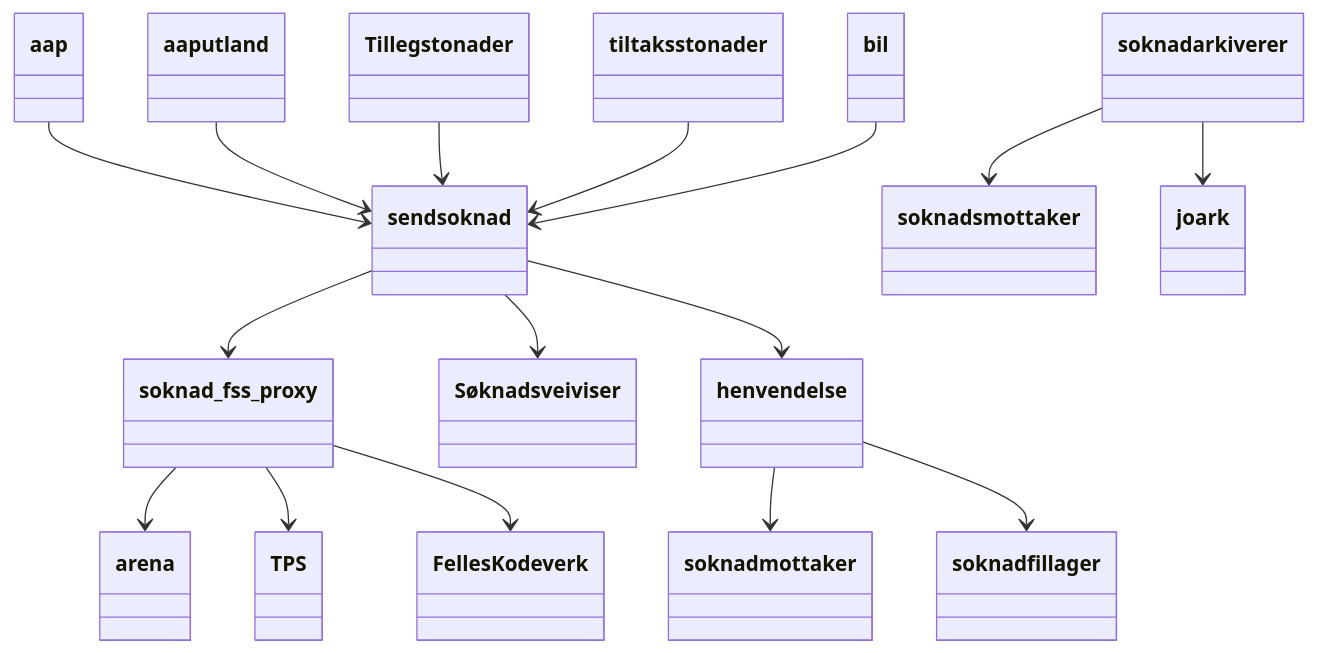
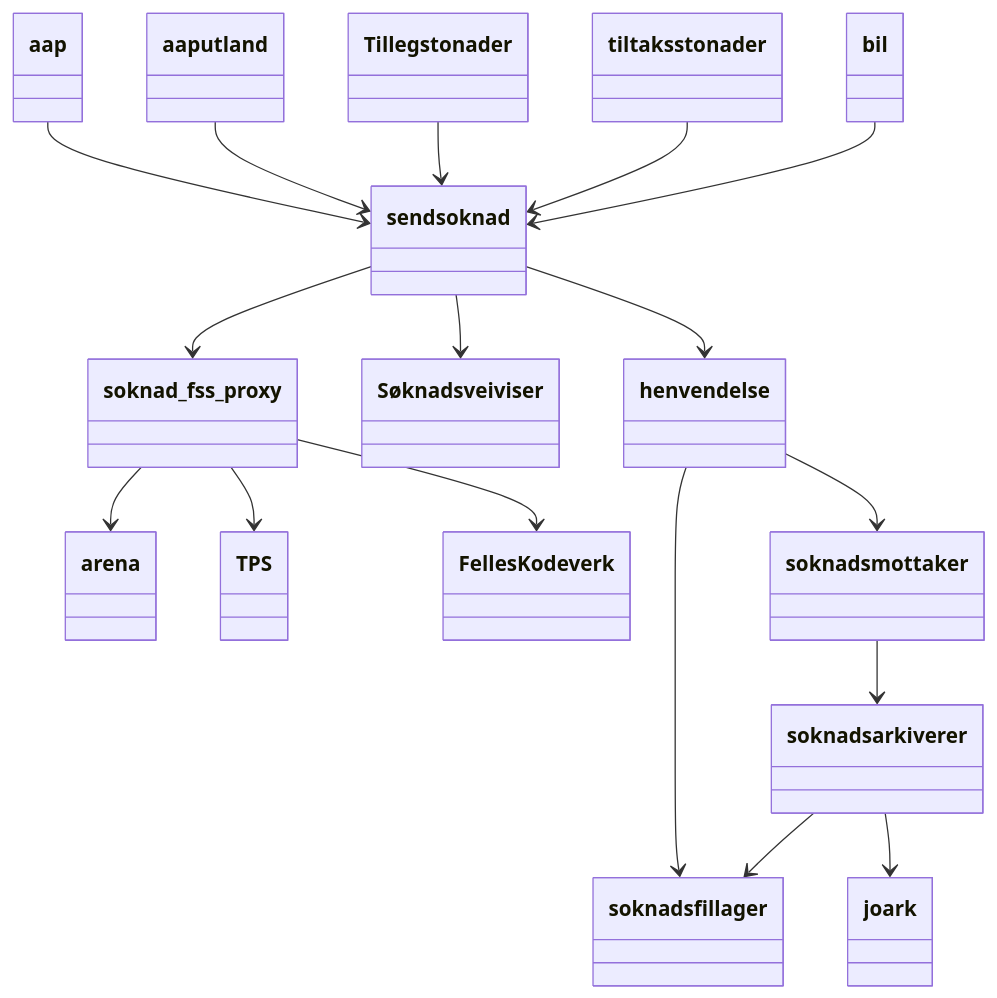
One commit to navikt/sendsoknad-boot changed the first of 3 diagrams in docs/Arkitektur.md. Above: the diagram before and after it, drawn with Mermaid. The commit also changed other lines of this file and 2 other files, not shown here.

````diff
--- a/docs/Arkitektur.md
+++ b/docs/Arkitektur.md
@@ -7,18 +5,19 @@
 ```mermaid
 classDiagram
     aap --> sendsoknad
     aaputland --> sendsoknad
     Tillegstonader --> sendsoknad
     tiltaksstonader --> sendsoknad
     bil --> sendsoknad
     sendsoknad --> soknad_fss_proxy
     soknad_fss_proxy --> arena
     soknad_fss_proxy --> TPS
     soknad_fss_proxy --> Felles Kodeverk
     sendsoknad --> Søknadsveiviser
     sendsoknad --> henvendelse
-    henvendelse --> soknadmottaker
-    henvendelse --> soknadfillager
-    soknadarkiverer --> soknadsmottaker
-    soknadarkiverer --> joark
+    henvendelse --> soknadsmottaker
+    henvendelse --> soknadsfillager
+    soknadsmottaker --> soknadsarkiverer
+    soknadsarkiverer --> soknadsfillager
+    soknadsarkiverer --> joark
 ```
````
